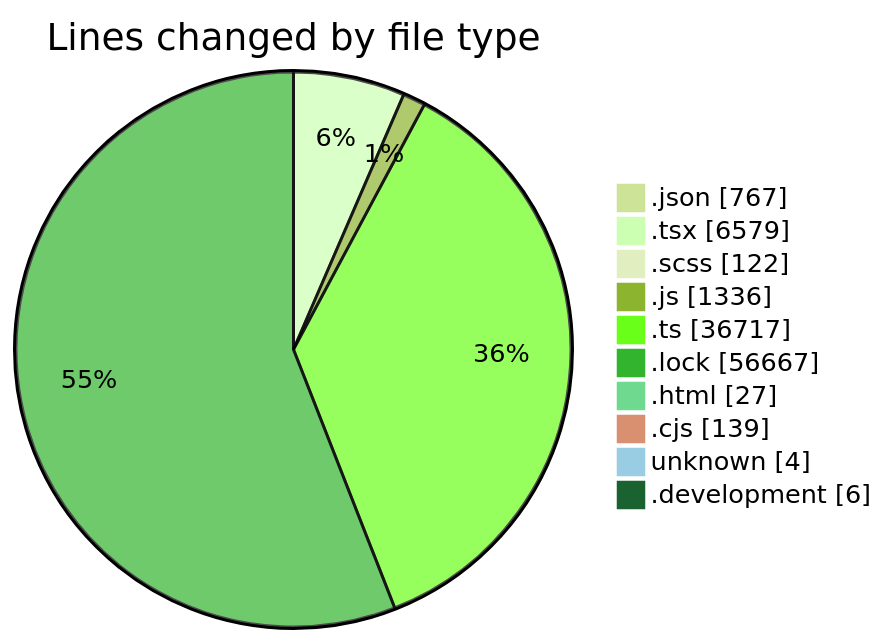
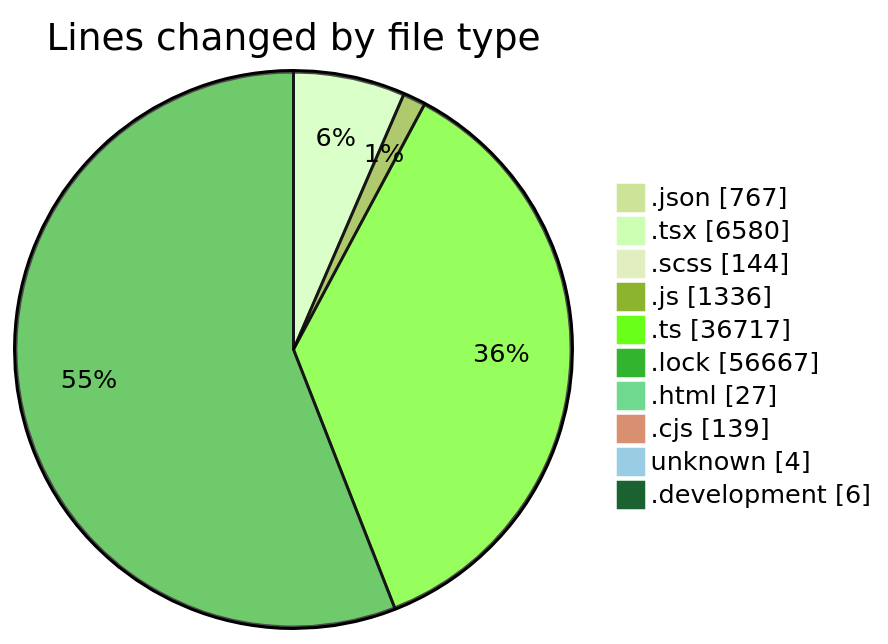
One commit to momahboobian/code-tracking changed the first of 2 diagrams in 2026-09-03/cda/README.md. Above: the diagram before and after it, drawn with Mermaid (forest theme). The commit also changed other lines of this file and 1 other file, not shown here.

````diff
--- a/2026-09-03/cda/README.md
+++ b/2026-09-03/cda/README.md
@@ -82,14 +83,14 @@
 ```mermaid
 pie showData
 title Lines changed by file type
 ".json" : 767
-".tsx" : 6579
-".scss" : 122
+".tsx" : 6580
+".scss" : 144
 ".js" : 1336
 ".ts" : 36717
 ".lock" : 56667
 ".html" : 27
 ".cjs" : 139
 "unknown" : 4
 ".development" : 6
 ```
````
